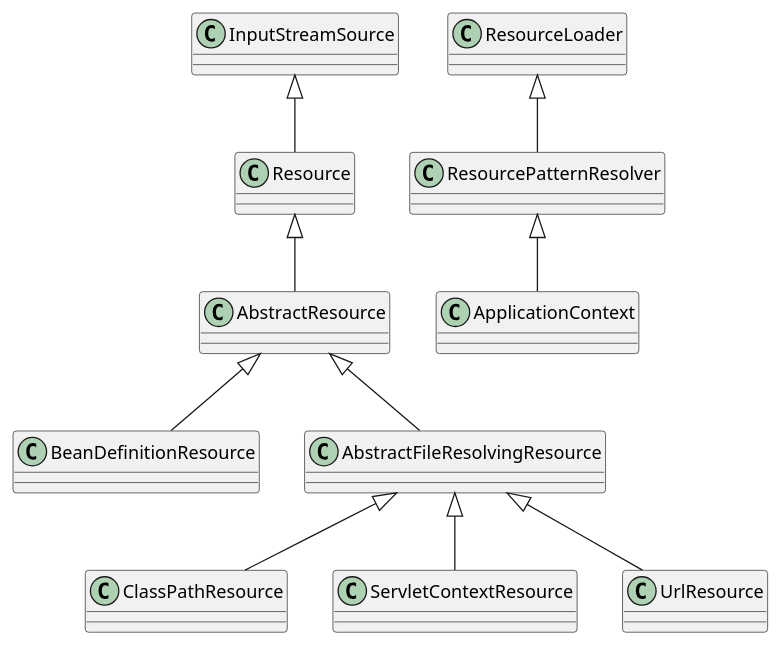
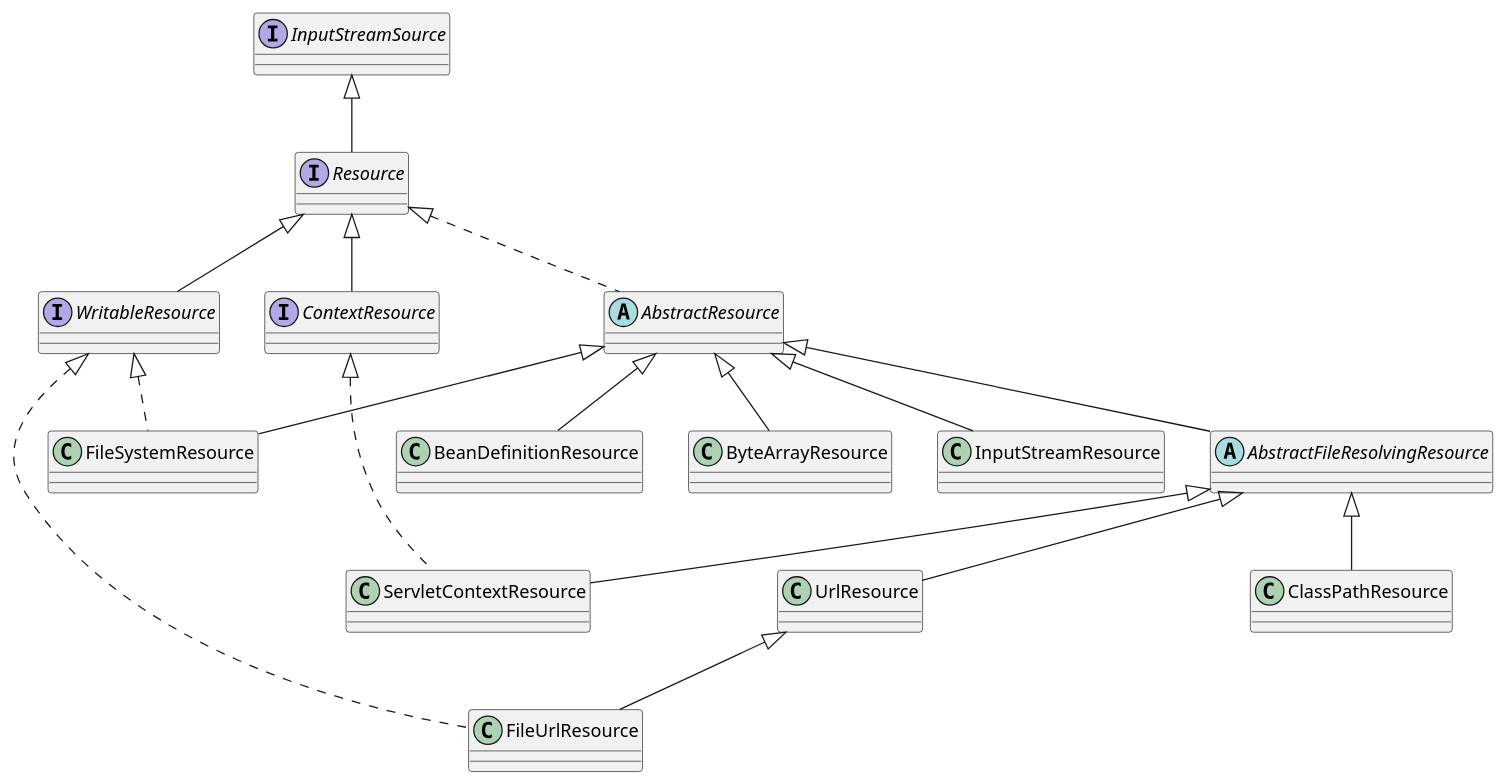
Before and after one commit to zhhongCai/note_lib: the diagram in spring/Resource.puml, drawn with PlantUML. The commit also changed 8 other files, not shown here.

```diff
--- a/spring/Resource.puml
+++ b/spring/Resource.puml
@@ -1,16 +1,21 @@
 @startuml
 
-InputStreamSource <|-- Resource
-Resource <|-- AbstractResource
-AbstractResource <|-- BeanDefinitionResource
-AbstractResource <|-- AbstractFileResolvingResource
-AbstractFileResolvingResource <|-- ClassPathResource
-AbstractFileResolvingResource <|-- ServletContextResource
-AbstractFileResolvingResource <|-- UrlResource
+interface Resource extends InputStreamSource
+interface WritableResource extends Resource
+interface ContextResource extends Resource
 
+abstract class AbstractResource implements Resource
+abstract class AbstractFileResolvingResource extends AbstractResource
 
-ResourceLoader <|-- ResourcePatternResolver
-ResourcePatternResolver <|-- ApplicationContext
+class BeanDefinitionResource extends AbstractResource
+class FileUrlResource extends UrlResource implements WritableResource
+class FileSystemResource extends AbstractResource implements WritableResource
+class ClassPathResource extends AbstractFileResolvingResource
+class UrlResource extends AbstractFileResolvingResource
+class ByteArrayResource extends AbstractResource
+class InputStreamResource extends AbstractResource
+
+class ServletContextResource extends AbstractFileResolvingResource implements ContextResource
 
 
 @enduml
```
